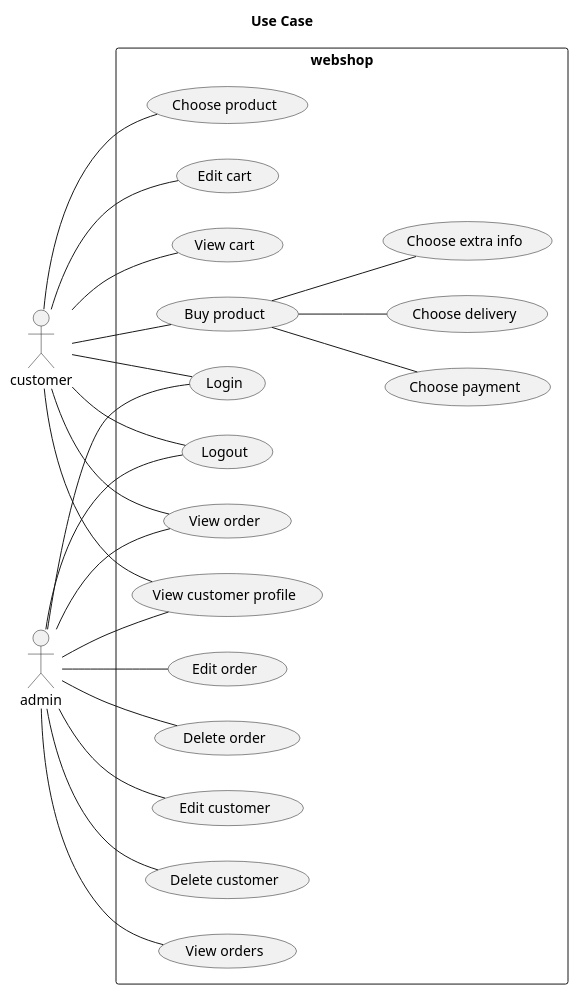
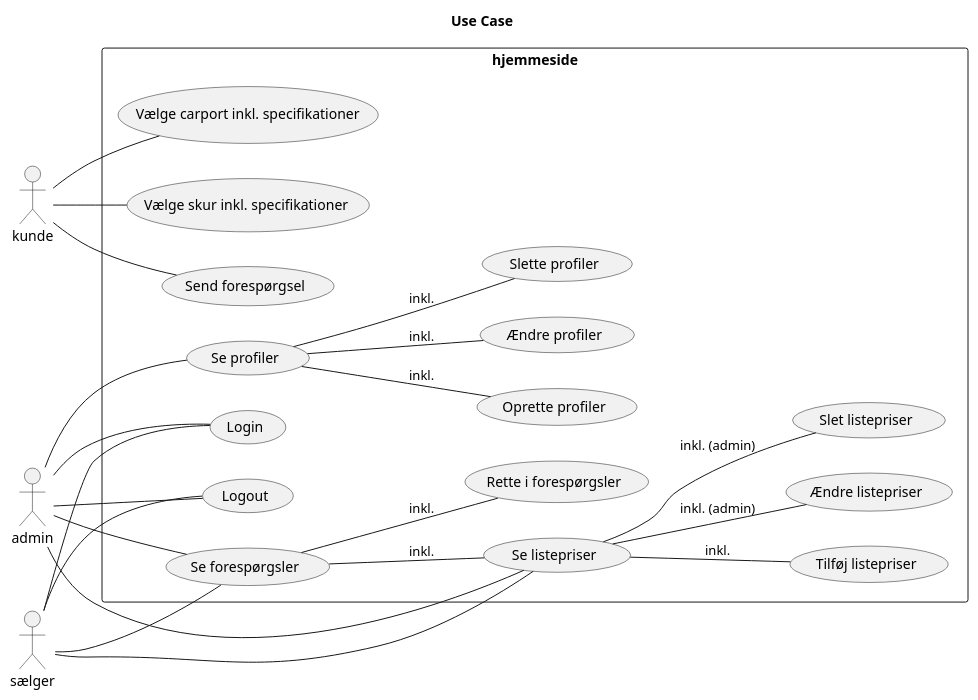
The diagram in src/main/UML/CupCake_User_Case.puml (codergram/Fog), drawn with PlantUML before and after one commit. The commit also changed 52 other files, not shown here.

```diff
--- a/src/main/UML/CupCake_User_Case.puml
+++ b/src/main/UML/CupCake_User_Case.puml
@@ -1,33 +1,37 @@
 @startuml
 Title Use Case
 left to right direction
 
-actor customer
+actor kunde
+actor sælger
 actor admin
 
-rectangle webshop {
-    customer -- (Choose product)
-    customer -- (Edit cart)
-    customer -- (View cart)
-    customer -- (Buy product)
-    customer -- (Login)
-    customer -- (Logout)
-    (Buy product) -- (Choose payment)
-    (Buy product) -- (Choose delivery)
-    (Buy product) -- (Choose extra info)
+rectangle hjemmeside {
+    kunde -- (Vælge carport inkl. specifikationer)
+    kunde -- (Vælge skur inkl. specifikationer)
+    kunde -- (Send forespørgsel)
 
-    customer -- (View order)
-    customer -- (View customer profile)
 
-    admin -- (View customer profile)
-    admin -- (Edit customer)
-    admin -- (Delete customer)
-    admin -- (View order)
-    admin -- (View orders)
-    admin -- (Edit order)
-    admin -- (Delete order)
+    sælger -- (Login)
+    sælger -- (Logout)
+    sælger -- (Se forespørgsler)
+    (Se forespørgsler) -- (Rette i forespørgsler) : inkl.
+    (Se forespørgsler) -- (Se listepriser) : inkl.
+    sælger -- (Se listepriser)
+
+
+
     admin -- (Login)
     admin -- (Logout)
+    admin -- (Se profiler)
+    (Se profiler) -- (Oprette profiler) : inkl.
+    (Se profiler) -- (Ændre profiler) : inkl.
+    (Se profiler) -- (Slette profiler) : inkl.
+    admin -- (Se forespørgsler)
+    admin -- (Se listepriser)
+    (Se listepriser) -- (Tilføj listepriser) : inkl.
+    (Se listepriser) -- (Ændre listepriser) : inkl. (admin)
+    (Se listepriser) -- (Slet listepriser) : inkl. (admin)
 }
 
 @enduml
```
